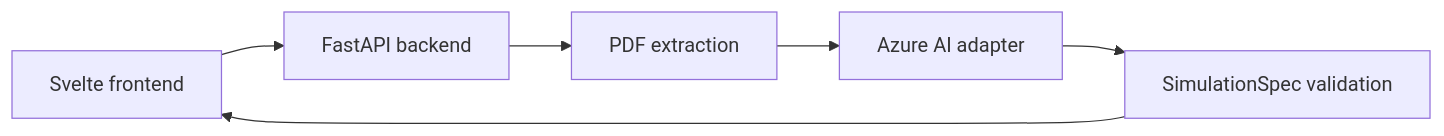
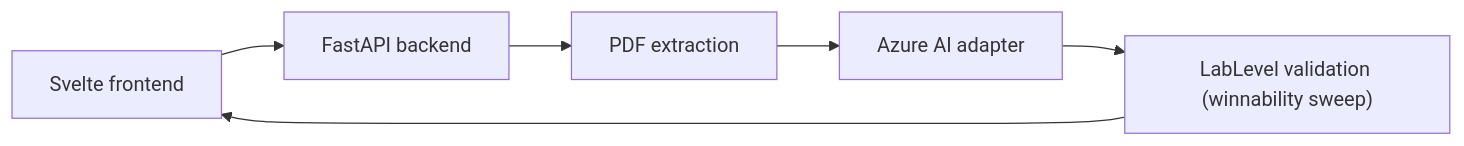
Before and after one commit to TheAdelitta/hyperplay: the diagram in README.md, drawn with Mermaid. The commit also changed other lines of this file and 39 other files, not shown here.

````diff
--- a/README.md
+++ b/README.md
@@ -7,8 +7,8 @@
 ```mermaid
 flowchart LR
     A["Svelte frontend"] --> B["FastAPI backend"]
     B --> C["PDF extraction"]
     C --> D["Azure AI adapter"]
-    D --> E["SimulationSpec validation"]
+    D --> E["LabLevel validation (winnability sweep)"]
     E --> A
 ```
````
